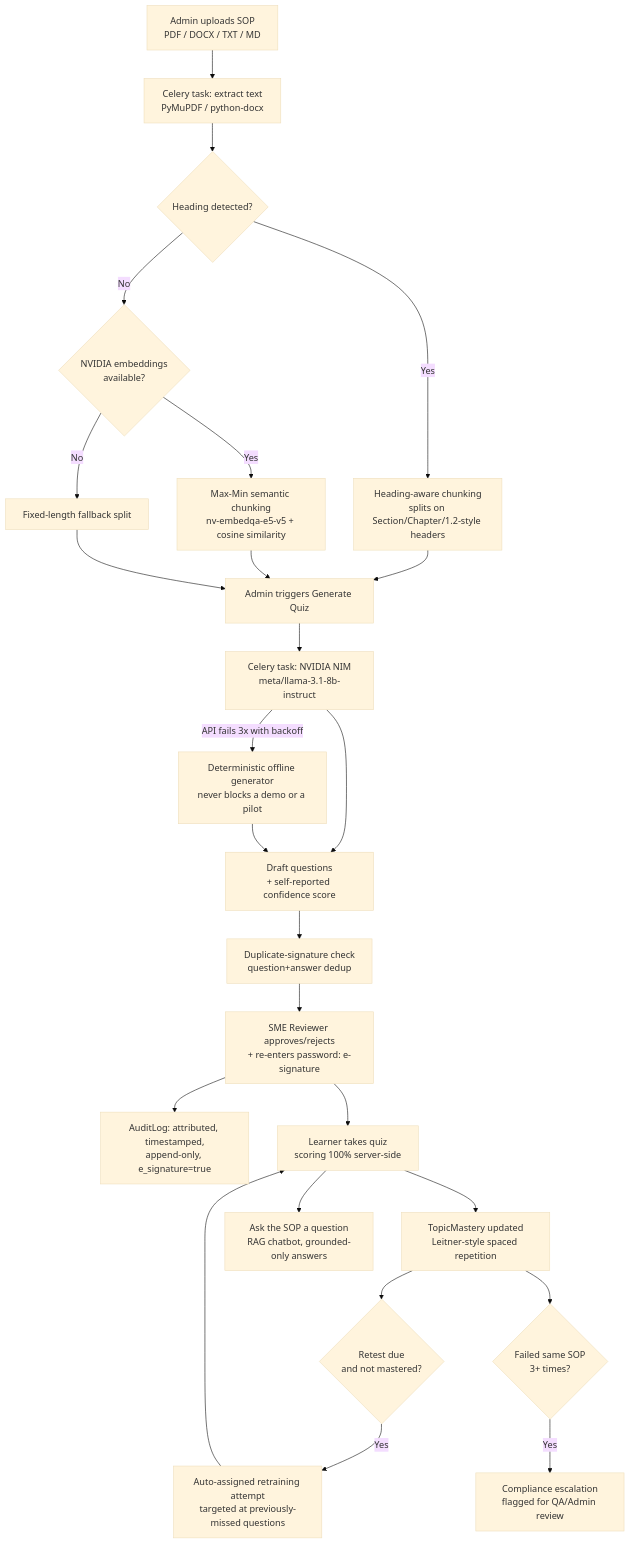
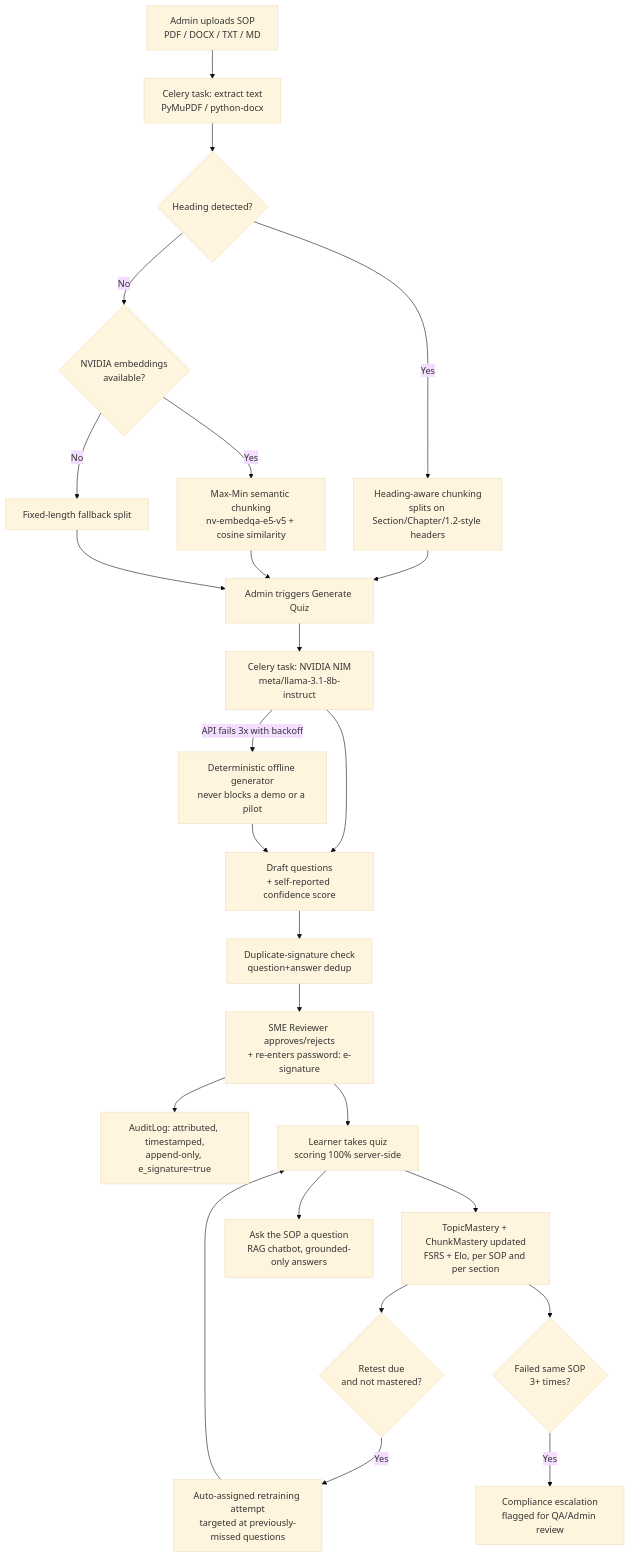
The diagram in README.md (Kurapati-Sai-Suhas/GxP-Training-Bot), drawn with Mermaid (base theme) before and after one commit. The commit also changed other lines of this file and 8 other files, not shown here.

First line of the commit message:
Add per-section adaptive mastery (ChunkMastery)

````diff
--- a/README.md
+++ b/README.md
@@ -23,27 +23,27 @@
 ```mermaid
 flowchart TD
     A[Admin uploads SOP<br/>PDF / DOCX / TXT / MD] --> B[Celery task: extract text<br/>PyMuPDF / python-docx]
     B --> C{Heading detected?}
     C -->|Yes| D[Heading-aware chunking<br/>splits on Section/Chapter/1.2-style headers]
     C -->|No| E{NVIDIA embeddings<br/>available?}
     E -->|Yes| F[Max-Min semantic chunking<br/>nv-embedqa-e5-v5 + cosine similarity]
     E -->|No| G[Fixed-length fallback split]
     D --> H[Admin triggers Generate Quiz]
     F --> H
     G --> H
     H --> I[Celery task: NVIDIA NIM<br/>meta/llama-3.1-8b-instruct]
     I -->|API fails 3x with backoff| J[Deterministic offline generator<br/>never blocks a demo or a pilot]
     I --> K[Draft questions<br/>+ self-reported confidence score]
     J --> K
     K --> L[Duplicate-signature check<br/>question+answer dedup]
     L --> M[SME Reviewer approves/rejects<br/>+ re-enters password: e-signature]
     M --> N[AuditLog: attributed, timestamped,<br/>append-only, e_signature=true]
     M --> O[Learner takes quiz<br/>scoring 100% server-side]
-    O --> P[TopicMastery updated<br/>Leitner-style spaced repetition]
+    O --> P[TopicMastery + ChunkMastery updated<br/>FSRS + Elo, per SOP and per section]
     P --> Q{Retest due<br/>and not mastered?}
     Q -->|Yes| R[Auto-assigned retraining attempt<br/>targeted at previously-missed questions]
     R --> O
     P --> S{Failed same SOP<br/>3+ times?}
     S -->|Yes| T[Compliance escalation<br/>flagged for QA/Admin review]
     O --> U[Ask the SOP a question<br/>RAG chatbot, grounded-only answers]
 ```
````
